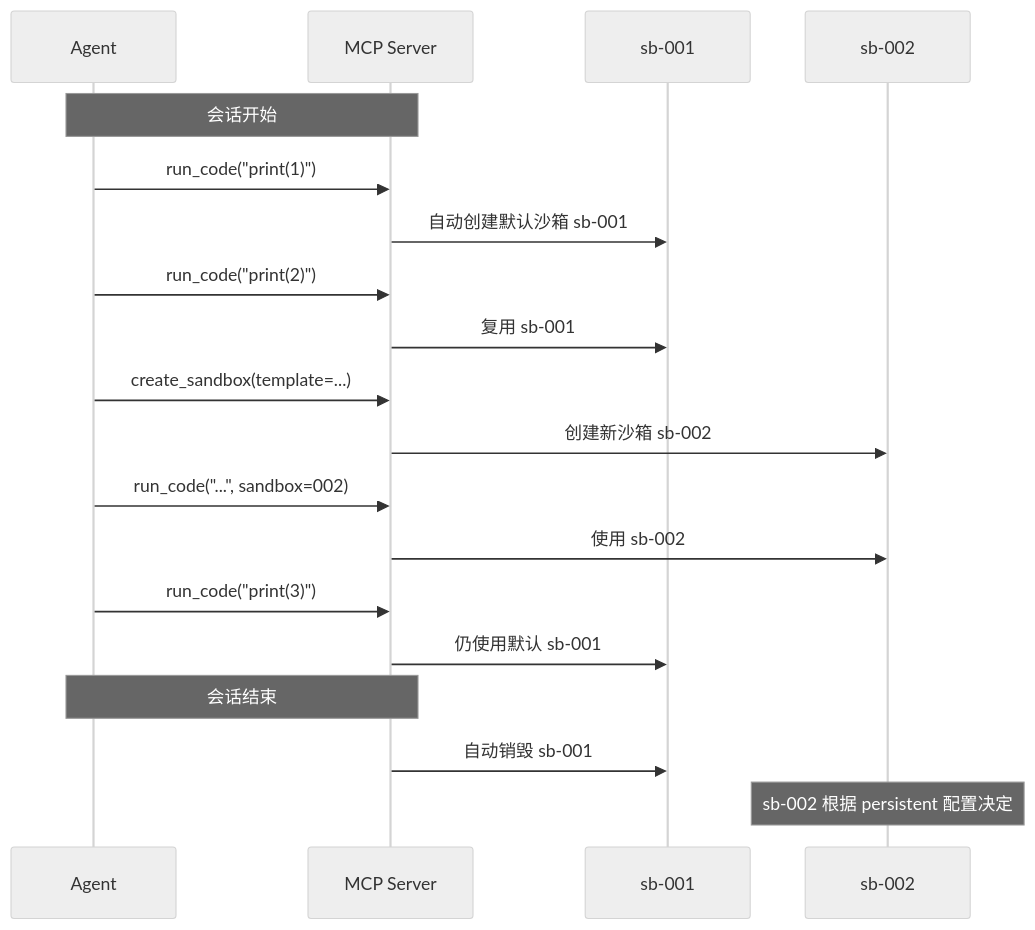
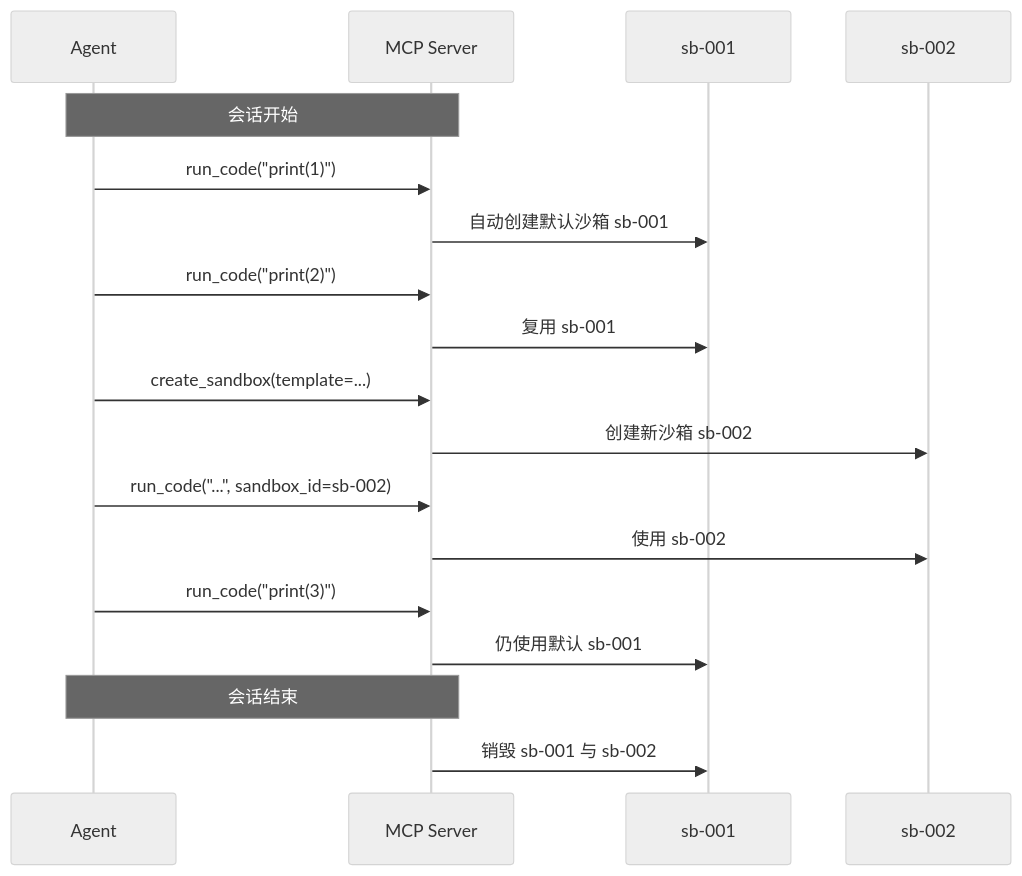
Before and after one commit to Easy-Sandbox/easy-sandbox: the second of 6 diagrams in docs/zh/design/mcp-server.md, drawn with Mermaid (neutral theme). The commit also changed other lines of this file and 338 other files, not shown here.

````diff
--- a/docs/zh/design/mcp-server.md
+++ b/docs/zh/design/mcp-server.md
@@ -233,22 +225,21 @@
 ```mermaid
 sequenceDiagram
     participant Agent
     participant MCP as MCP Server
     participant SB1 as sb-001
     participant SB2 as sb-002
 
     Note over Agent,MCP: 会话开始
     Agent->>MCP: run_code("print(1)")
     MCP->>SB1: 自动创建默认沙箱 sb-001
     Agent->>MCP: run_code("print(2)")
     MCP->>SB1: 复用 sb-001
     Agent->>MCP: create_sandbox(template=...)
     MCP->>SB2: 创建新沙箱 sb-002
-    Agent->>MCP: run_code("...", sandbox=002)
+    Agent->>MCP: run_code("...", sandbox_id=sb-002)
     MCP->>SB2: 使用 sb-002
     Agent->>MCP: run_code("print(3)")
     MCP->>SB1: 仍使用默认 sb-001
     Note over Agent,MCP: 会话结束
-    MCP->>SB1: 自动销毁 sb-001
-    Note over SB2: sb-002 根据 persistent 配置决定
+    MCP->>SB1: 销毁 sb-001 与 sb-002
 ```
````
